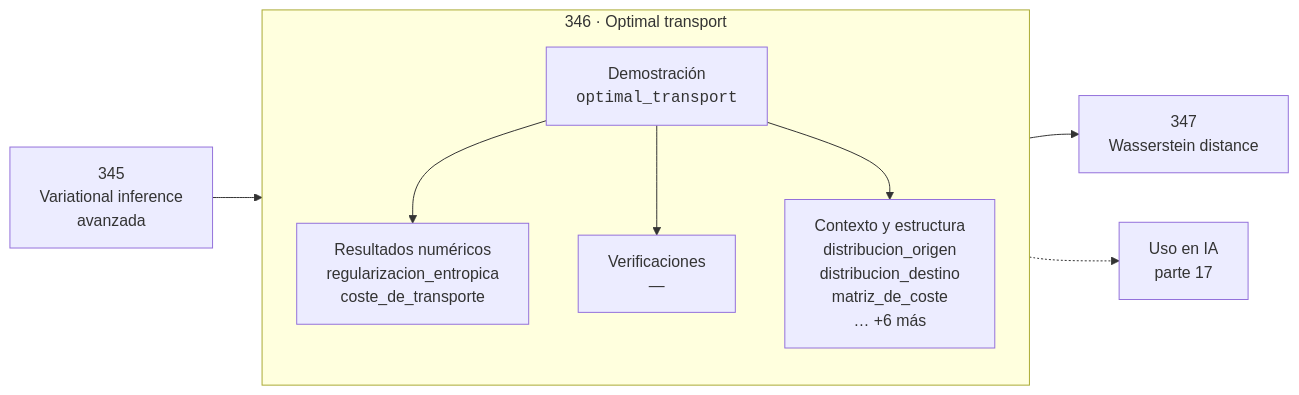
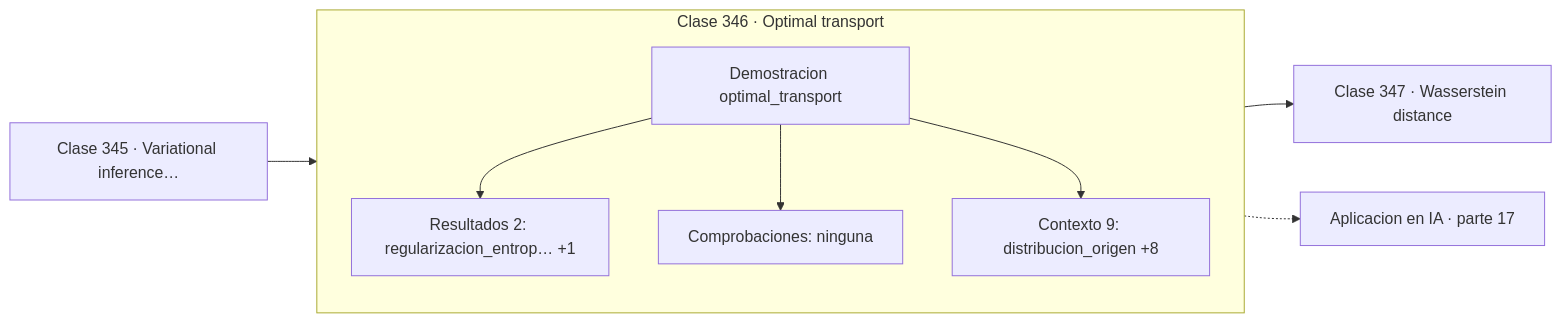
Before and after one commit to vladimiracunadev-create/computational-mathematics-program: the diagram in classes/part-17-frontera-matematica-para-ia-e-investigacion/346-optimal-transport/README.md, drawn with Mermaid. The commit also changed 389 other files, not shown here.

First line of the commit message:
fix(diagramas): elimina el HTML de las etiquetas Mermaid

````diff
--- a/classes/part-17-frontera-matematica-para-ia-e-investigacion/346-optimal-transport/README.md
+++ b/classes/part-17-frontera-matematica-para-ia-e-investigacion/346-optimal-transport/README.md
@@ -30,12 +30,13 @@
 ```mermaid
 flowchart LR
-    P["345<br/>Variational inference<br/>avanzada"] --> C
-    subgraph C["346 · Optimal transport"]
+    P["Clase 345 · Variational inference…"] --> D
+    subgraph CLASE["Clase 346 · Optimal transport"]
         direction TB
-        D["Demostración<br/><code>optimal_transport</code>"] --> R["Resultados numéricos<br/>regularizacion_entropica<br/>coste_de_transporte"]
-        D --> V["Verificaciones<br/>—"]
-        D --> O["Contexto y estructura<br/>distribucion_origen<br/>distribucion_destino<br/>matriz_de_coste<br/>… +6 más"]
+        D["Demostracion optimal_transport"]
+        D --> R["Resultados 2: regularizacion_entrop… +1"]
+        D --> V["Comprobaciones: ninguna"]
+        D --> O["Contexto 9: distribucion_origen +8"]
     end
-    C --> N["347<br/>Wasserstein distance"]
-    C -.-> IA["Uso en IA<br/>parte 17"]
+    R --> N["Clase 347 · Wasserstein distance"]
+    V -.-> IA["Aplicacion en IA · parte 17"]
 ```
````
